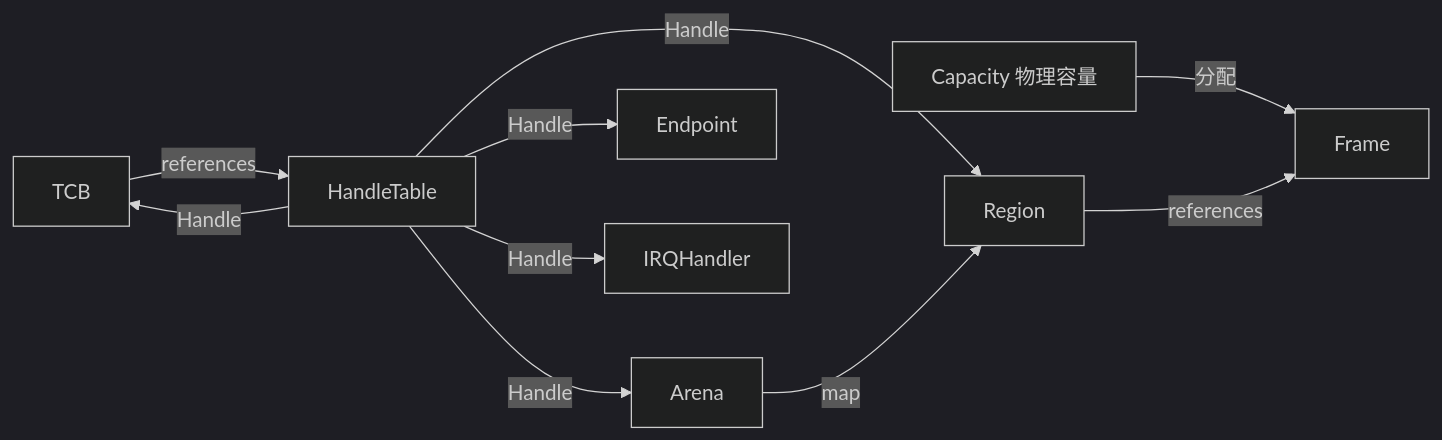
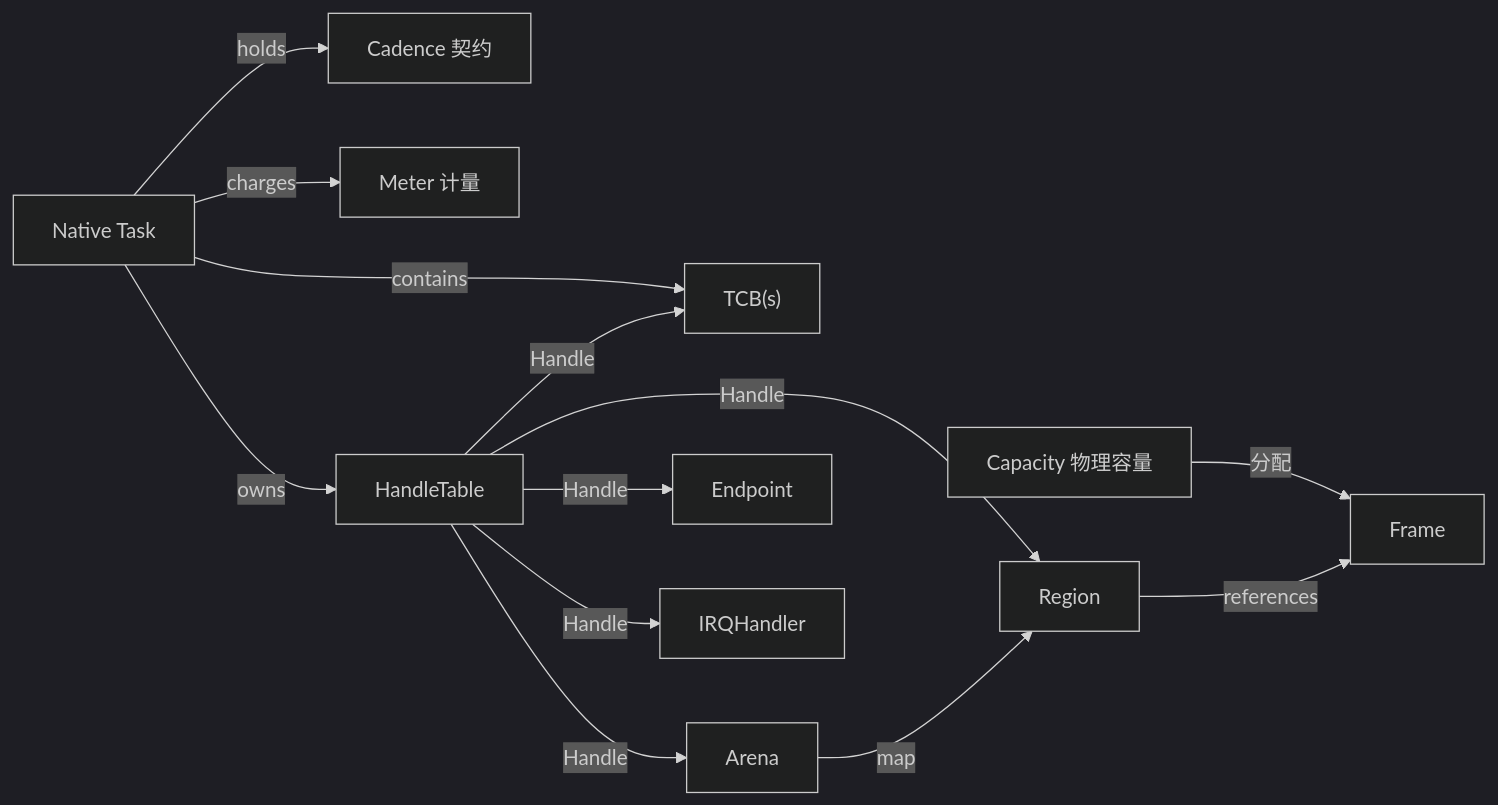
Before and after one commit to hongweifei/HolyKernel: the second of 5 diagrams in docs/architecture.md, drawn with Mermaid (dark theme). The commit also changed other lines of this file and 30 other files, not shown here.

````diff
--- a/docs/architecture.md
+++ b/docs/architecture.md
@@ -129,12 +135,15 @@
 ```mermaid
 flowchart LR
     Capacity["Capacity 物理容量"] -->|分配| Frame["Frame"]
-    TCB["TCB"] -->|references| HandleTable["HandleTable"]
+    Task["Native Task"] -->|holds| Cadence["Cadence 契约"]
+    Task -->|charges| Meter["Meter 计量"]
+    Task -->|owns| HandleTable["HandleTable"]
+    Task -->|contains| TCB["TCB(s)"]
     HandleTable -->|Handle| TCB
     HandleTable -->|Handle| Arena
     HandleTable -->|Handle| Region["Region"]
     HandleTable -->|Handle| Endpoint["Endpoint"]
     HandleTable -->|Handle| IRQ["IRQHandler"]
     Arena -->|map| Region
     Region -->|references| Frame
 ```
````
